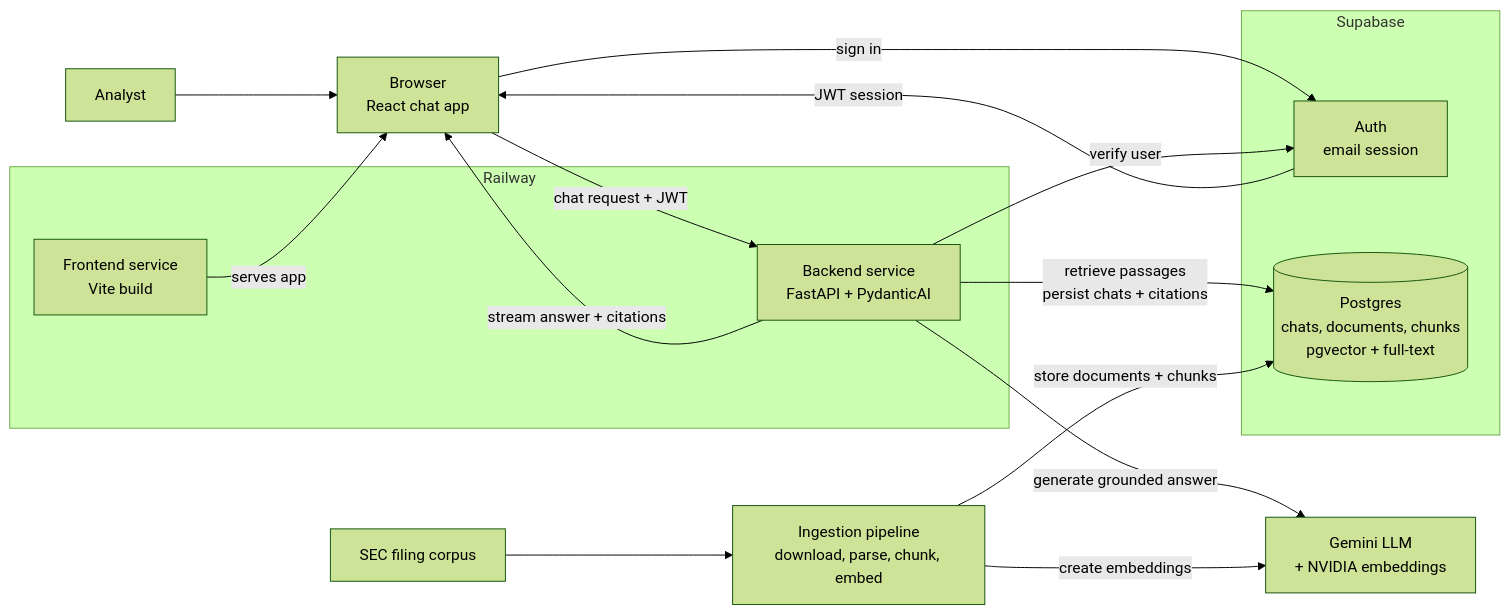
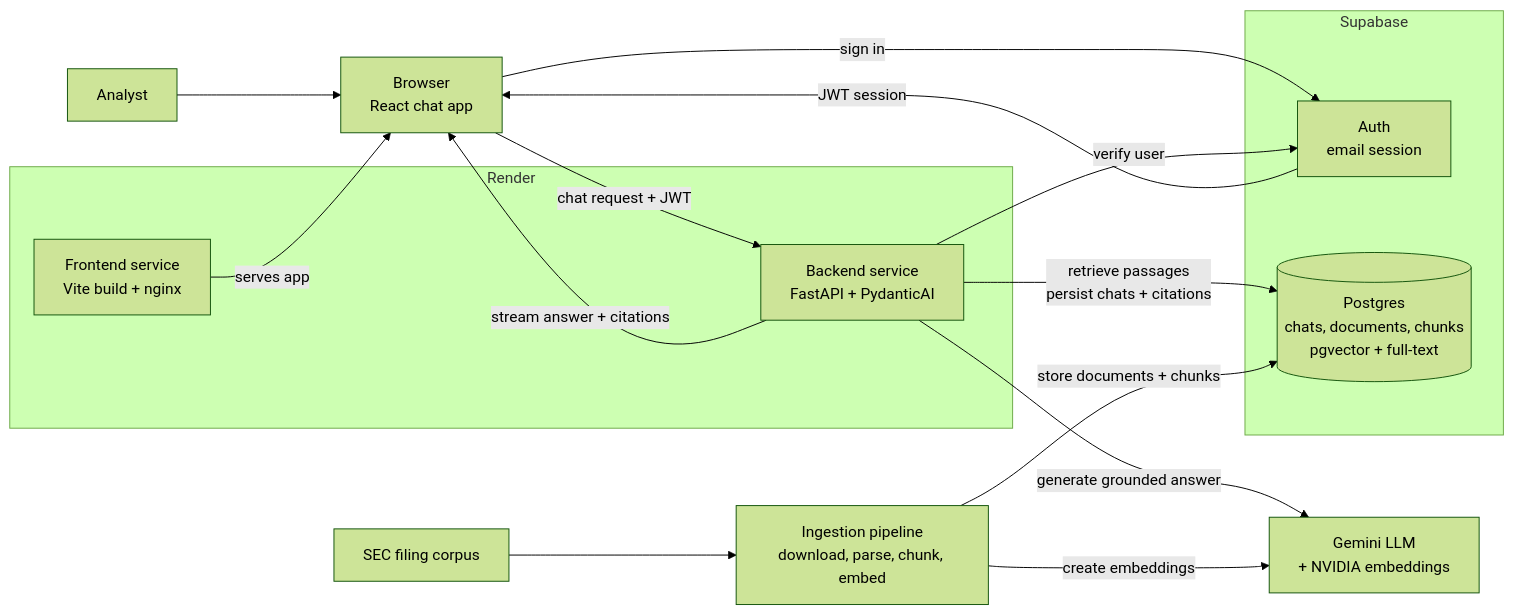
One commit to indiragothi/doc-copilot changed the diagram in docs/architecture.md. Above: the diagram before and after it, drawn with Mermaid (forest theme). The commit also changed other lines of this file and 4 other files, not shown here.

First line of the commit message:
docs: deployed on Render; replace Railway in README, CLAUDE.md, architecture, todos

````diff
--- a/docs/architecture.md
+++ b/docs/architecture.md
@@ -13,31 +13,31 @@
 ```mermaid
 flowchart LR
     user[Analyst] --> browser[Browser<br/>React chat app]
 
-    subgraph railway[Railway]
-        frontend[Frontend service<br/>Vite build]
+    subgraph render[Render]
+        frontend[Frontend service<br/>Vite build + nginx]
         backend[Backend service<br/>FastAPI + PydanticAI]
     end
 
     subgraph supabase[Supabase]
         auth[Auth<br/>email session]
         db[(Postgres<br/>chats, documents, chunks<br/>pgvector + full-text)]
     end
 
     llm[Gemini LLM<br/>+ NVIDIA embeddings]
     corpus[SEC filing corpus]
     ingestion[Ingestion pipeline<br/>download, parse, chunk, embed]
 
     frontend -->|serves app| browser
     browser -->|sign in| auth
     auth -->|JWT session| browser
     browser -->|chat request + JWT| backend
     backend -->|verify user| auth
     backend -->|retrieve passages<br/>persist chats + citations| db
     backend -->|generate grounded answer| llm
     backend -->|stream answer + citations| browser
 
     corpus --> ingestion
     ingestion -->|create embeddings| llm
     ingestion -->|store documents + chunks| db
 ```
````
